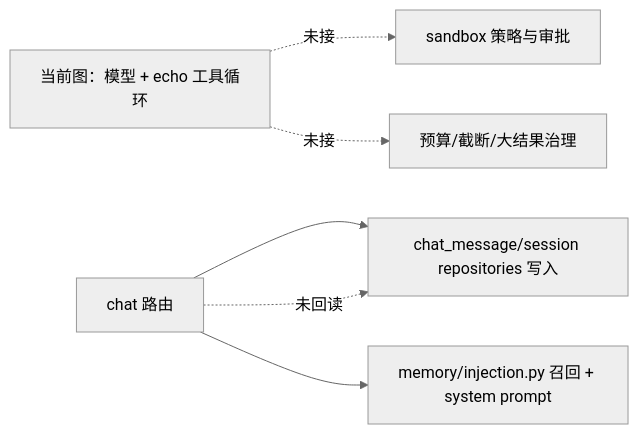
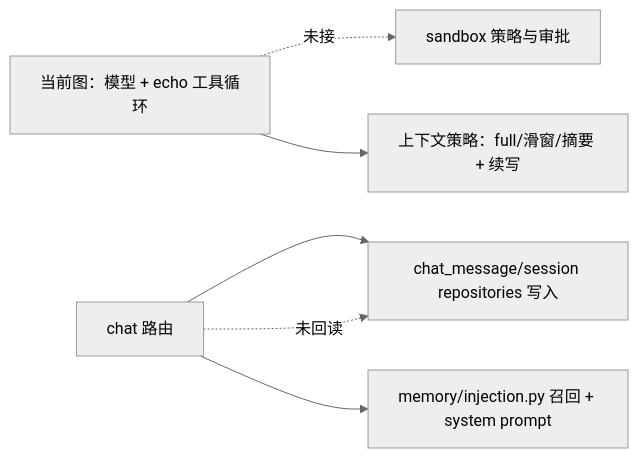
The second of 2 diagrams in backend/packages/harness/myagentflow/代码结构导览.md (G0-000/my-agent-flow), drawn with Mermaid (neutral theme) before and after one commit. The commit also changed other lines of this file and 9 other files, not shown here.

````diff
--- a/backend/packages/harness/myagentflow/代码结构导览.md
+++ b/backend/packages/harness/myagentflow/代码结构导览.md
@@ -55,8 +56,8 @@
 ```mermaid
 flowchart LR
   G[当前图：模型 + echo 工具循环] -. 未接 .-> AP[sandbox 策略与审批]
   GW[chat 路由] --> MSG[chat_message/session repositories 写入]
   GW -. 未回读 .-> MSG
   GW --> MEM[memory/injection.py 召回 + system prompt]
-  G -. 未接 .-> CTX[预算/截断/大结果治理]
+  G --> CTX[上下文策略：full/滑窗/摘要 + 续写]
 ```
````
